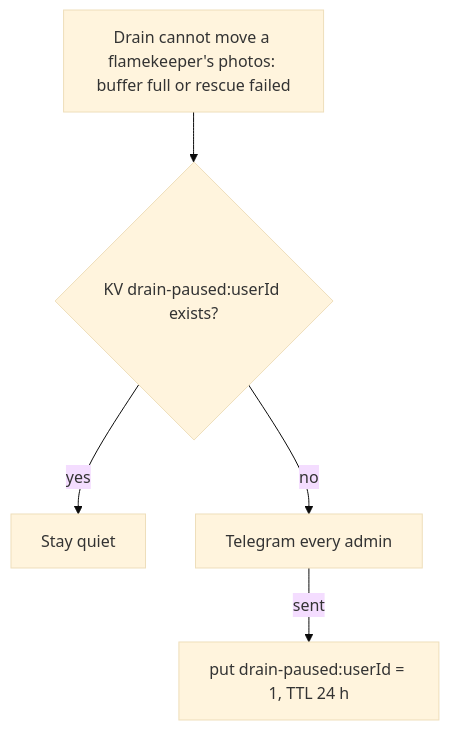
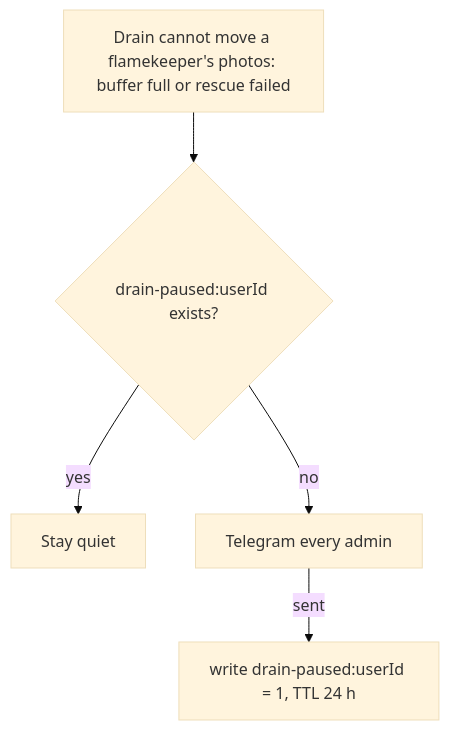
The diagram in docs/scenarios/kv/drain-paused.md (sagyzdop/meriksirat), drawn with Mermaid (base theme) before and after one commit. The commit also changed other lines of this file and 53 other files, not shown here.

````diff
--- a/docs/scenarios/kv/drain-paused.md
+++ b/docs/scenarios/kv/drain-paused.md
@@ -7,7 +7,7 @@
 ```mermaid
 flowchart TD
-    A[Drain cannot move a flamekeeper's photos: buffer full or rescue failed] --> B{KV drain-paused:userId exists?}
+    A[Drain cannot move a flamekeeper's photos: buffer full or rescue failed] --> B{drain-paused:userId exists?}
     B -- yes --> C[Stay quiet]
     B -- no --> D[Telegram every admin]
-    D -- sent --> E["put drain-paused:userId = 1, TTL 24 h"]
+    D -- sent --> E["write drain-paused:userId = 1, TTL 24 h"]
 ```
````
